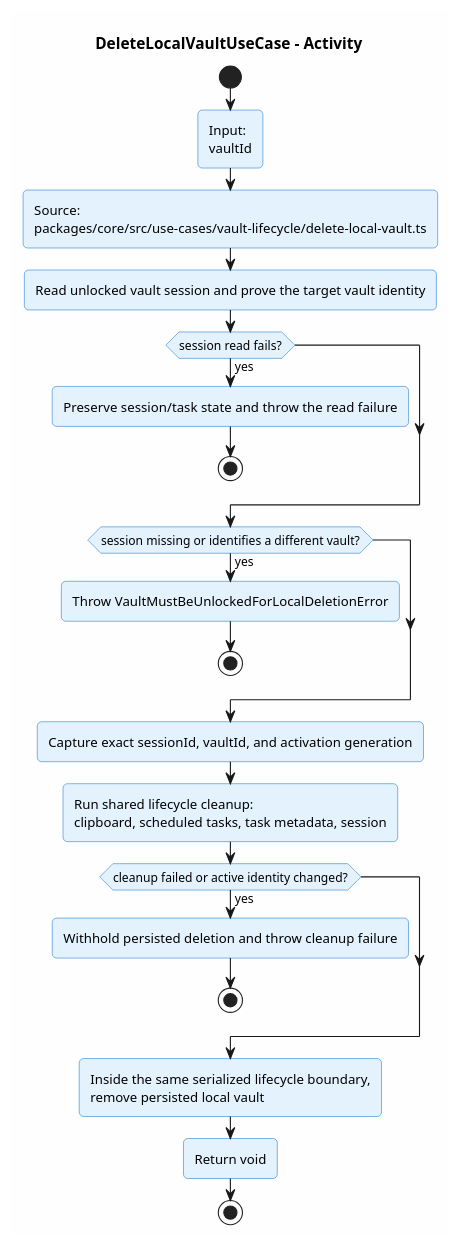
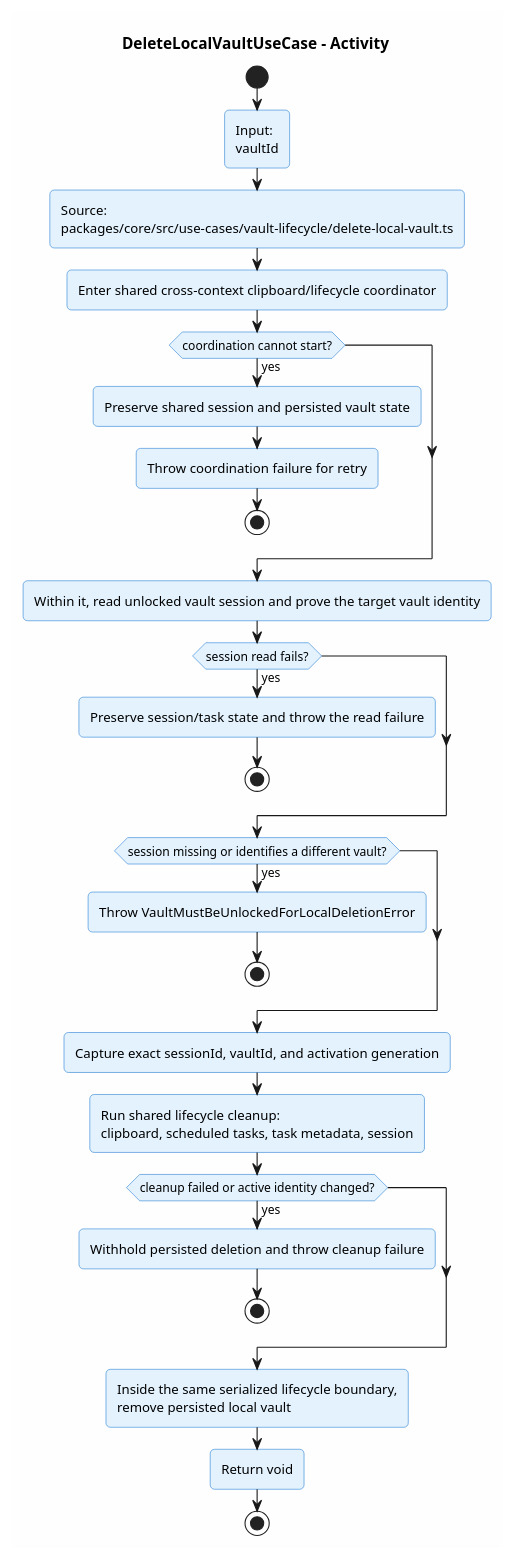
The diagram in docs/v1/use-case/vault-lifecycle/delete-local-vault.activity.puml (ArionStudio/engr-serverless-pm), drawn with PlantUML before and after one commit. The commit also changed 33 other files, not shown here.

Commit message:
fix(core): coordinate unlocked session mutations

```diff
--- a/docs/v1/use-case/vault-lifecycle/delete-local-vault.activity.puml
+++ b/docs/v1/use-case/vault-lifecycle/delete-local-vault.activity.puml
@@ -1,33 +1,39 @@
 @startuml delete-local-vault-activity
 title DeleteLocalVaultUseCase - Activity
 
 skinparam backgroundColor #FEFEFE
 skinparam roundcorner 8
 skinparam shadowing false
 skinparam activity {
   BackgroundColor #E3F2FD
   BorderColor #1976D2
 }
 
 start
 :Input:\nvaultId;
 :Source:\npackages/core/src/use-cases/vault-lifecycle/delete-local-vault.ts;
-:Read unlocked vault session and prove the target vault identity;
+:Enter shared cross-context clipboard/lifecycle coordinator;
+if (coordination cannot start?) then (yes)
+  :Preserve shared session and persisted vault state;
+  :Throw coordination failure for retry;
+  stop
+endif
+:Within it, read unlocked vault session and prove the target vault identity;
 if (session read fails?) then (yes)
   :Preserve session/task state and throw the read failure;
   stop
 endif
 if (session missing or identifies a different vault?) then (yes)
   :Throw VaultMustBeUnlockedForLocalDeletionError;
   stop
 endif
 :Capture exact sessionId, vaultId, and activation generation;
 :Run shared lifecycle cleanup:\nclipboard, scheduled tasks, task metadata, session;
 if (cleanup failed or active identity changed?) then (yes)
   :Withhold persisted deletion and throw cleanup failure;
   stop
 endif
 :Inside the same serialized lifecycle boundary,\nremove persisted local vault;
 :Return void;
 stop
 @enduml
```
